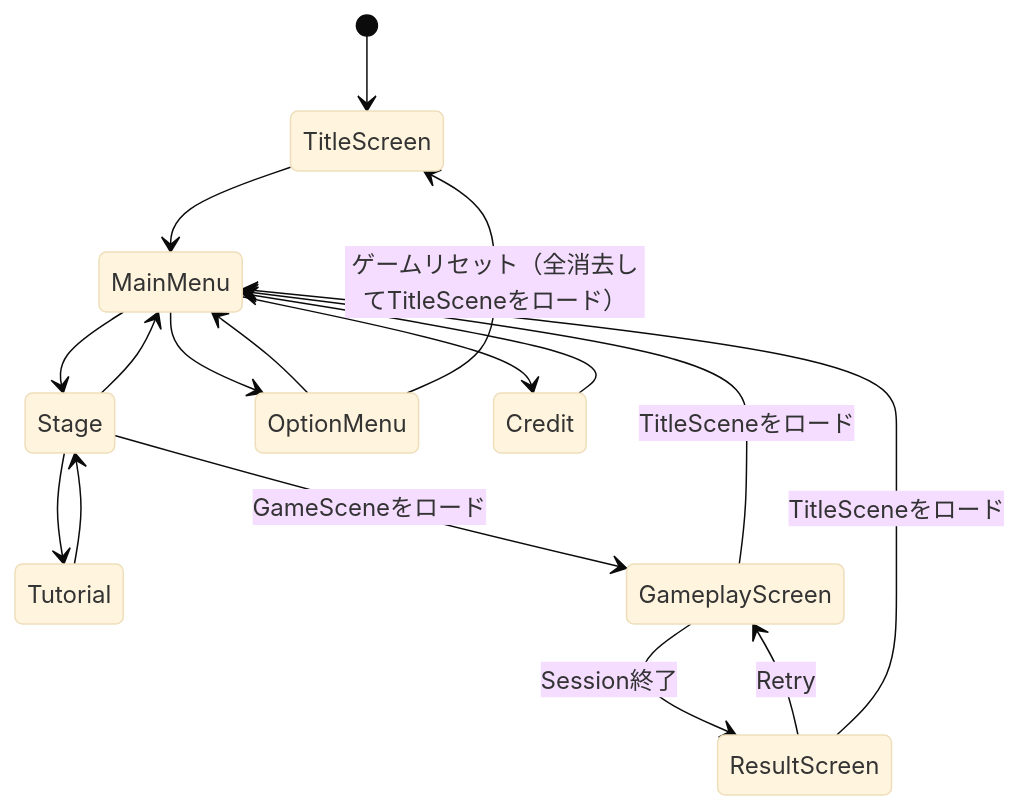
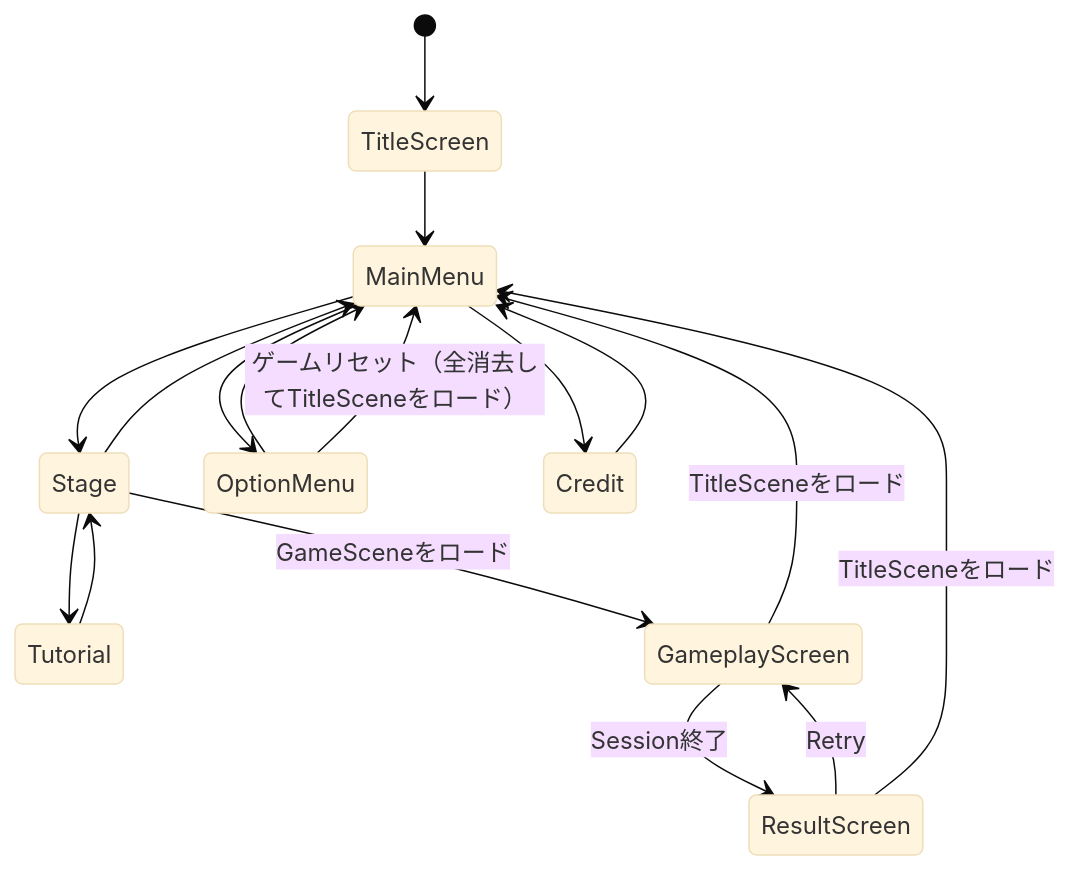
One commit to MicomProcedure/change-change-change changed the first of 2 diagrams in docs/architecture/presentation/scene-navigation.md. Above: the diagram before and after it, drawn with Mermaid (base theme). The commit also changed other lines of this file and 2 other files, not shown here.

Commit message:
fix: ゲームリセット後はメインメニューから始める (#54)
リセット後にタイトル画面からやり直させず、メインメニューへ直接戻す。

````diff
--- a/docs/architecture/presentation/scene-navigation.md
+++ b/docs/architecture/presentation/scene-navigation.md
@@ -28,21 +28,21 @@
 ```mermaid
 stateDiagram-v2
    [*] --> TitleScreen
    TitleScreen --> MainMenu
 
    MainMenu --> Stage
    Stage --> MainMenu
    Stage --> Tutorial
    Tutorial --> Stage
    MainMenu --> OptionMenu
    OptionMenu --> MainMenu
-   OptionMenu --> TitleScreen: ゲームリセット（全消去してTitleSceneをロード）
+   OptionMenu --> MainMenu: ゲームリセット（全消去してTitleSceneをロード）
    MainMenu --> Credit
    Credit --> MainMenu
 
    Stage --> GameplayScreen: GameSceneをロード
    GameplayScreen --> ResultScreen: Session終了
    GameplayScreen --> MainMenu: TitleSceneをロード
    ResultScreen --> GameplayScreen: Retry
    ResultScreen --> MainMenu: TitleSceneをロード
 ```
````
